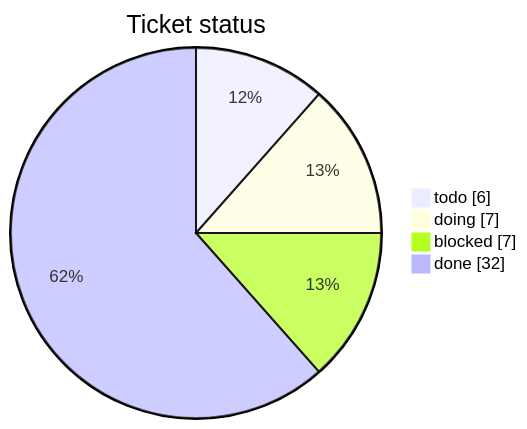
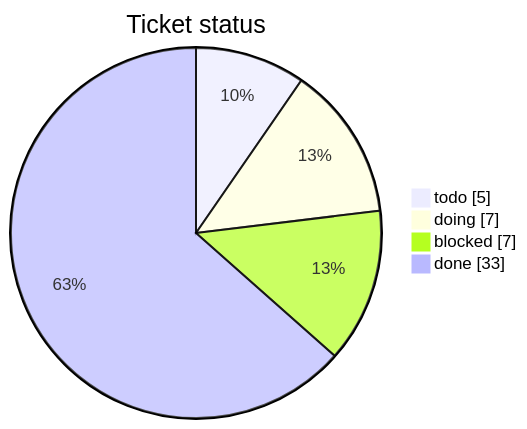
The first of 3 diagrams in tickets/TICKETS.md (mohamed-soubhi/bootlab-esp), drawn with Mermaid before and after one commit. The commit also changed other lines of this file and 5 other files, not shown here.

````diff
--- a/tickets/TICKETS.md
+++ b/tickets/TICKETS.md
@@ -14,7 +14,7 @@
 ```mermaid
 pie showData title Ticket status
-    "todo" : 6
+    "todo" : 5
     "doing" : 7
     "blocked" : 7
-    "done" : 32
+    "done" : 33
 ```
````
